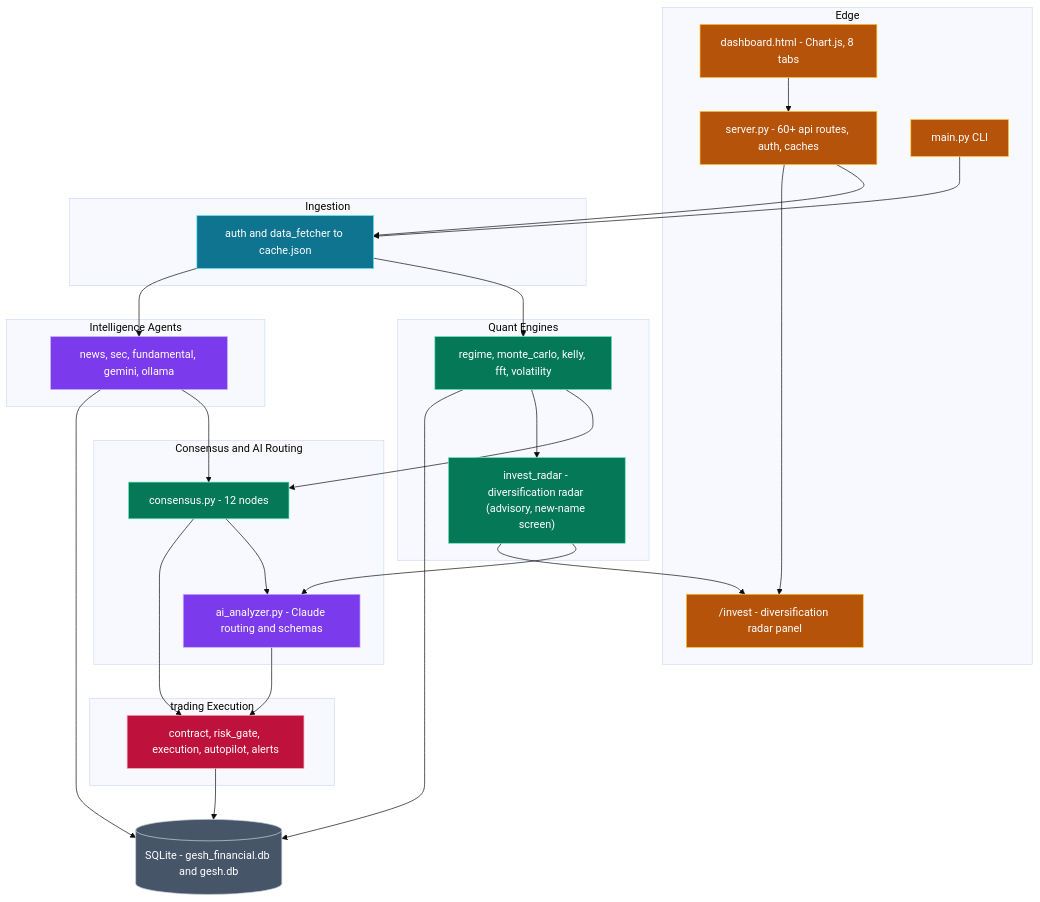
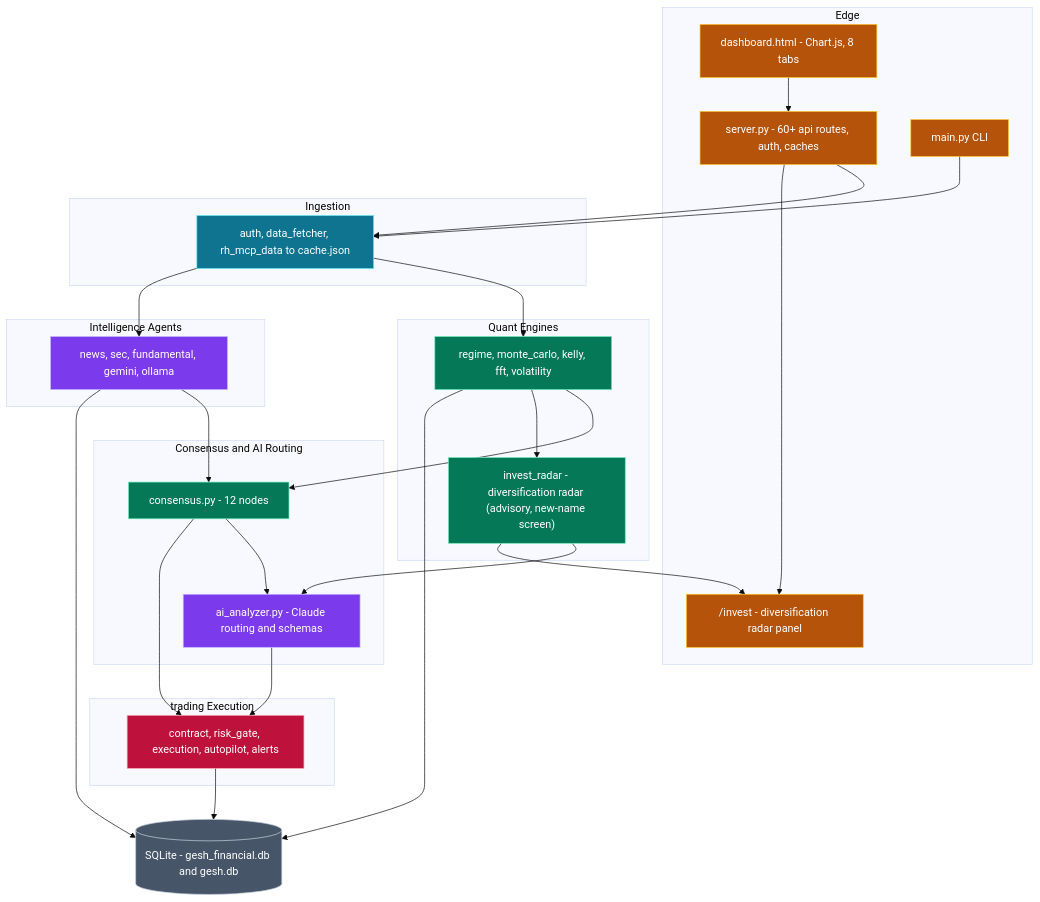
Before and after one commit to gesh75/Gesh-Project: the second of 8 diagrams in docs/ARCHITECTURE.md, drawn with Mermaid (base theme). The commit also changed other lines of this file and 4 other files, not shown here.

First line of the commit message:
docs: point architecture and agent maps at the RH MCP runbook

````diff
--- a/docs/ARCHITECTURE.md
+++ b/docs/ARCHITECTURE.md
@@ -78,57 +82,57 @@
 ```mermaid
 flowchart TB
     subgraph EDGE["Edge"]
         api["server.py - 60+ api routes, auth, caches"]:::core
         dash["dashboard.html - Chart.js, 8 tabs"]:::core
         invest["/invest - diversification radar panel"]:::core
         cli["main.py CLI"]:::core
     end
 
     subgraph INGEST["Ingestion"]
-        fetch["auth and data_fetcher to cache.json"]:::svc
+        fetch["auth, data_fetcher, rh_mcp_data to cache.json"]:::svc
     end
 
     subgraph QUANT["Quant Engines"]
         regime["regime, monte_carlo, kelly, fft, volatility"]:::data
         radar["invest_radar - diversification radar (advisory, new-name screen)"]:::data
     end
 
     subgraph AGENTS["Intelligence Agents"]
         intel["news, sec, fundamental, gemini, ollama"]:::ai
     end
 
     subgraph BRAIN["Consensus and AI Routing"]
         cons["consensus.py - 12 nodes"]:::data
         ai["ai_analyzer.py - Claude routing and schemas"]:::ai
     end
 
     subgraph EXEC["trading Execution"]
         gate["contract, risk_gate, execution, autopilot, alerts"]:::danger
     end
 
     store[("SQLite - gesh_financial.db and gesh.db")]:::store
 
     dash --> api
     cli --> fetch
     api --> fetch --> regime
     fetch --> intel
     regime --> cons
     intel --> cons
     cons --> ai
     ai --> gate
     cons --> gate
     regime --> radar
     radar --> ai
     radar --> invest
     api --> invest
     regime --> store
     intel --> store
     gate --> store
 
     classDef core   fill:#b45309,stroke:#fbbf24,color:#fff
     classDef svc    fill:#0e7490,stroke:#67e8f9,color:#fff
     classDef data   fill:#047857,stroke:#6ee7b7,color:#fff
     classDef ai     fill:#7c3aed,stroke:#c4b5fd,color:#fff
     classDef danger fill:#be123c,stroke:#fda4af,color:#fff
     classDef store  fill:#475569,stroke:#cbd5e1,color:#fff
 ```
````
